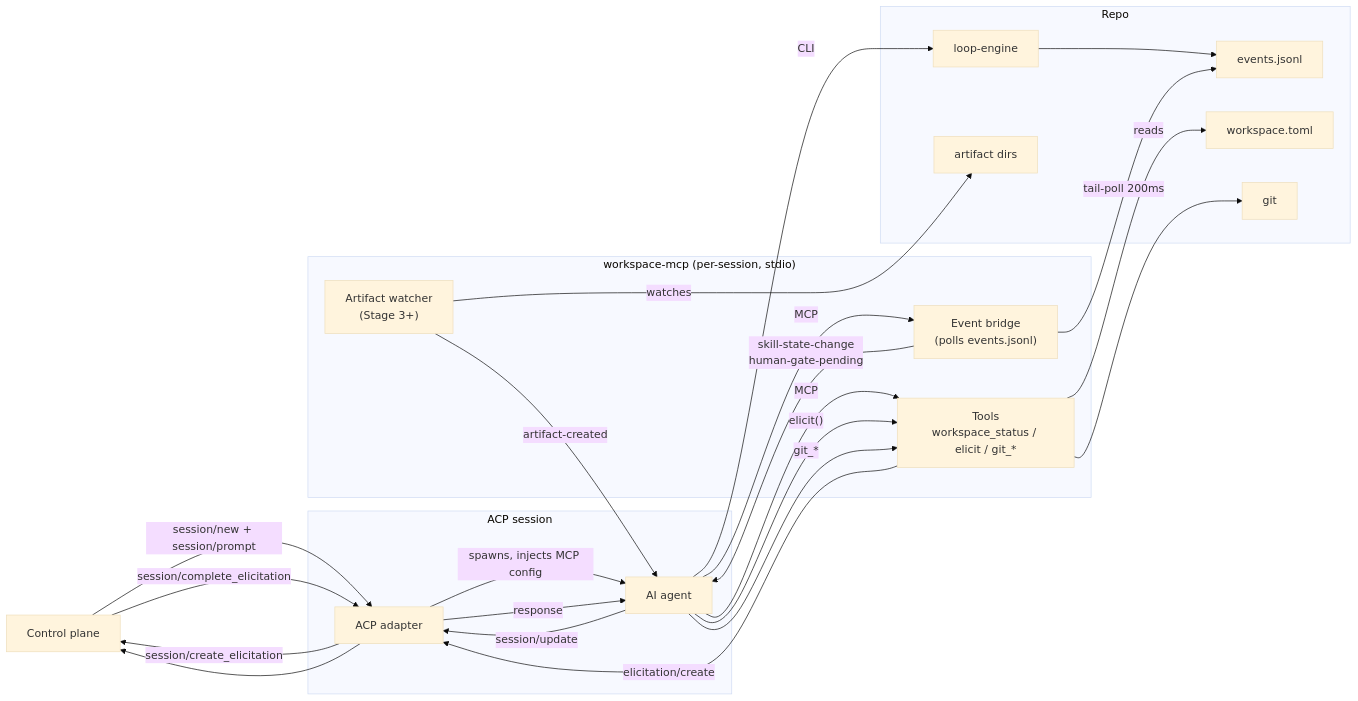
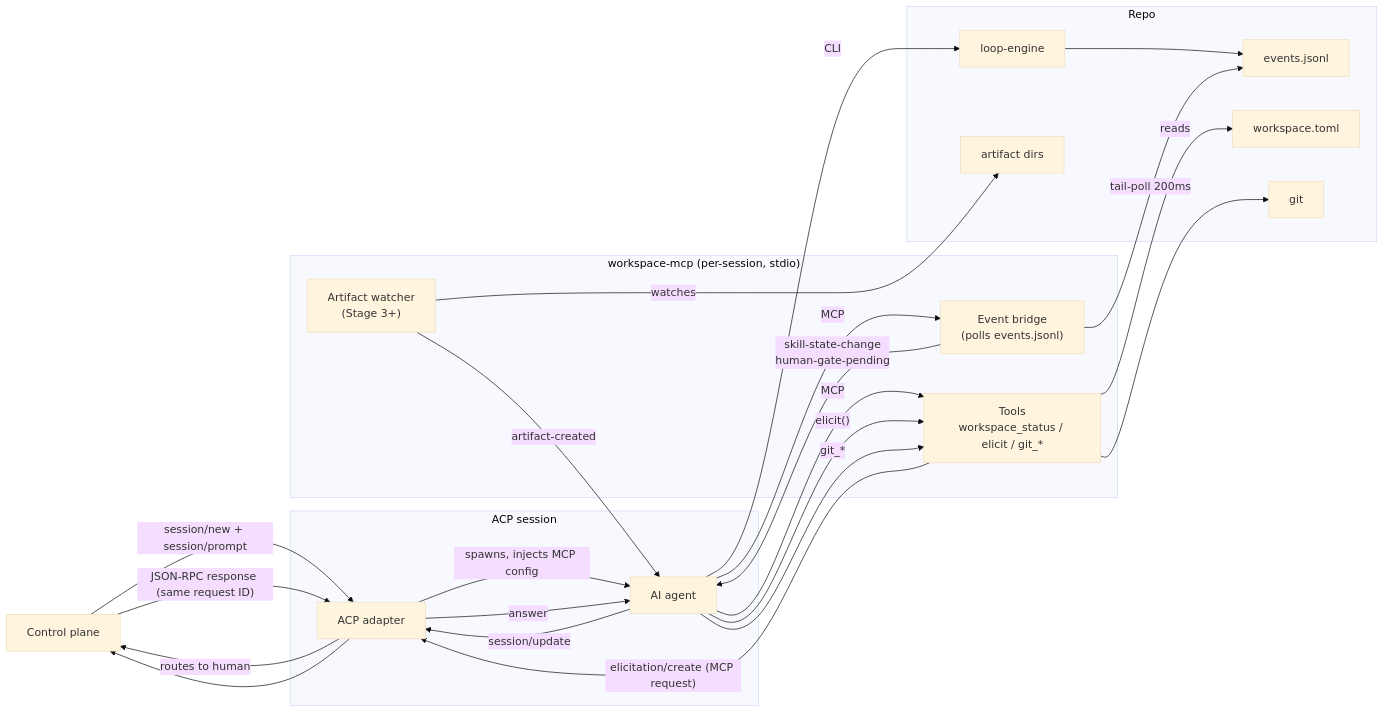
One commit to eugenelim/agent-ready-repo changed the diagram in docs/architecture/workspace-mcp/design.md. Above: the diagram before and after it, drawn with Mermaid (base theme). The commit also changed other lines of this file and 1 other file, not shown here.

Commit message:
fix(workspace-mcp): remove nonexistent ACP methods from diagram, raw dispatched presence
Fix P2: update design.md Mermaid diagram arrows at lines 86-87 to show the actual
MCP elicitation/create request/response protocol (server→client JSON-RPC request,
harness replies via same request ID). Remove 'session/create_elicitation' and
'session/complete_elicitation' which do not exist as ACP methods.

Also fix the Why-section prose at line 44 which described 'ACP native
session/create_elicitation' — updated to 'ACP elicitation protocol (MCP
elicitation/create request from server to client)'.

Fix P2: capture _dispatched_supplied = 'WORKSPACE_MCP_DISPATCHED_ITEM' in os.environ
before validation. The both-vars startup warning (AC15a) now fires even when the
DISPATCHED_ITEM value is malformed or unknown-type and validation sets dispatched=None.
Previously, malformed DISPATCHED_ITEM silently suppressed the warning, causing operators
to see only the malformed-value diagnostic without learning that both vars were set.

Engine-Change-RFC: RFC-0078

````diff
--- a/docs/architecture/workspace-mcp/design.md
+++ b/docs/architecture/workspace-mcp/design.md
@@ -53,44 +53,44 @@
 ```mermaid
 flowchart LR
     CP["Control plane"]
 
     subgraph acpsession["ACP session"]
         ACA["ACP adapter"]
         CC["AI agent"]
     end
 
     subgraph wmcp["workspace-mcp (per-session, stdio)"]
         EB["Event bridge<br/>(polls events.jsonl)"]
         TS["Tools<br/>workspace_status / elicit / git_*"]
         AW["Artifact watcher<br/>(Stage 3+)"]
     end
 
     subgraph repofs["Repo"]
         LE["loop-engine"]
         EJ["events.jsonl"]
         WT["workspace.toml"]
         SD["artifact dirs"]
         GIT["git"]
     end
 
     CP -->|"session/new + session/prompt"| ACA
     ACA -->|"spawns, injects MCP config"| CC
     CC -->|"MCP"| EB
     CC -->|"MCP"| TS
     CC -->|"CLI"| LE
     LE --> EJ
     EB -->|"tail-poll 200ms"| EJ
     EB -->|"skill-state-change<br/>human-gate-pending"| CC
     CC -->|"elicit()"| TS
-    TS -->|"elicitation/create"| ACA
-    ACA -->|"session/create_elicitation"| CP
-    CP -->|"session/complete_elicitation"| ACA
-    ACA -->|"response"| CC
+    TS -->|"elicitation/create (MCP request)"| ACA
+    ACA -->|"routes to human"| CP
+    CP -->|"JSON-RPC response (same request ID)"| ACA
+    ACA -->|"answer"| CC
     TS -->|"reads"| WT
     AW -->|"watches"| SD
     AW -->|"artifact-created"| CC
     CC -->|"session/update"| ACA
     ACA --> CP
     CC -->|"git_*"| TS
     TS --> GIT
 ```
````
